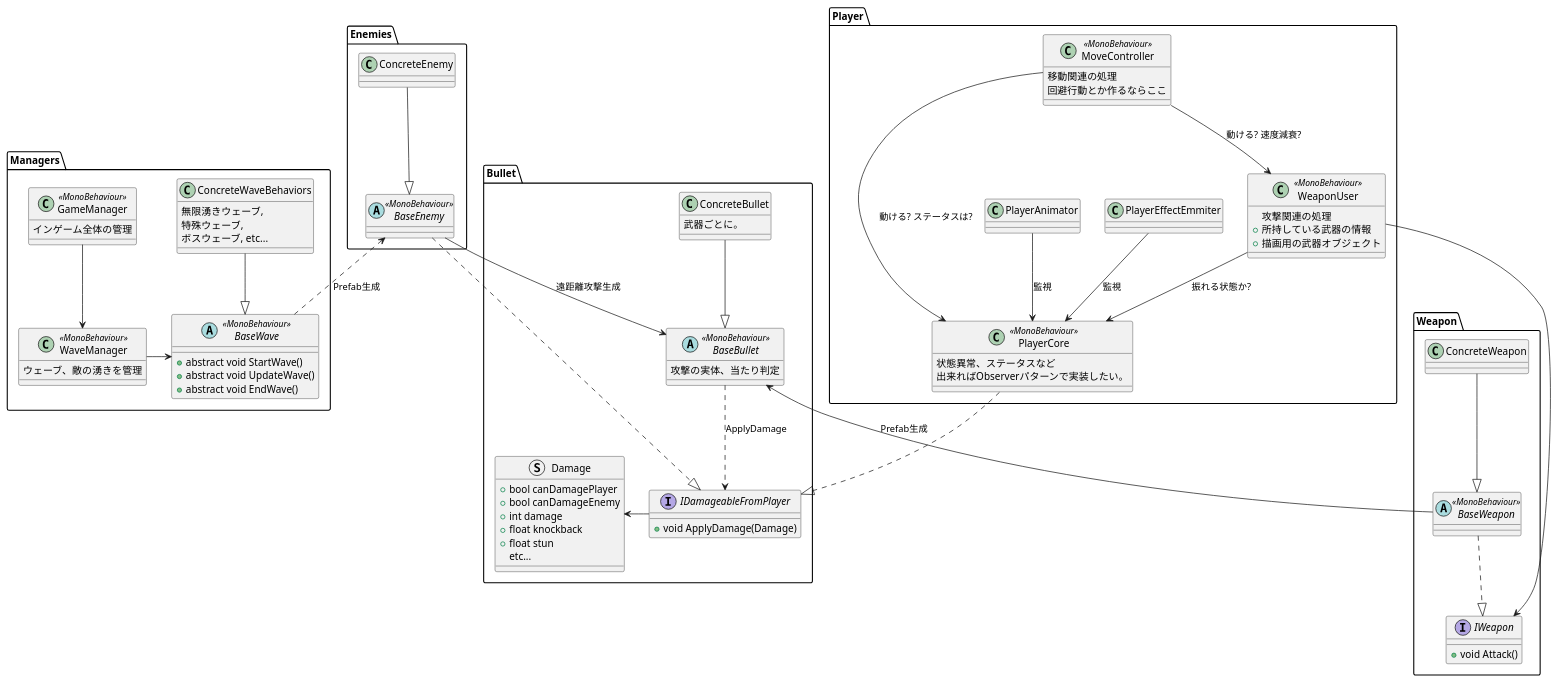
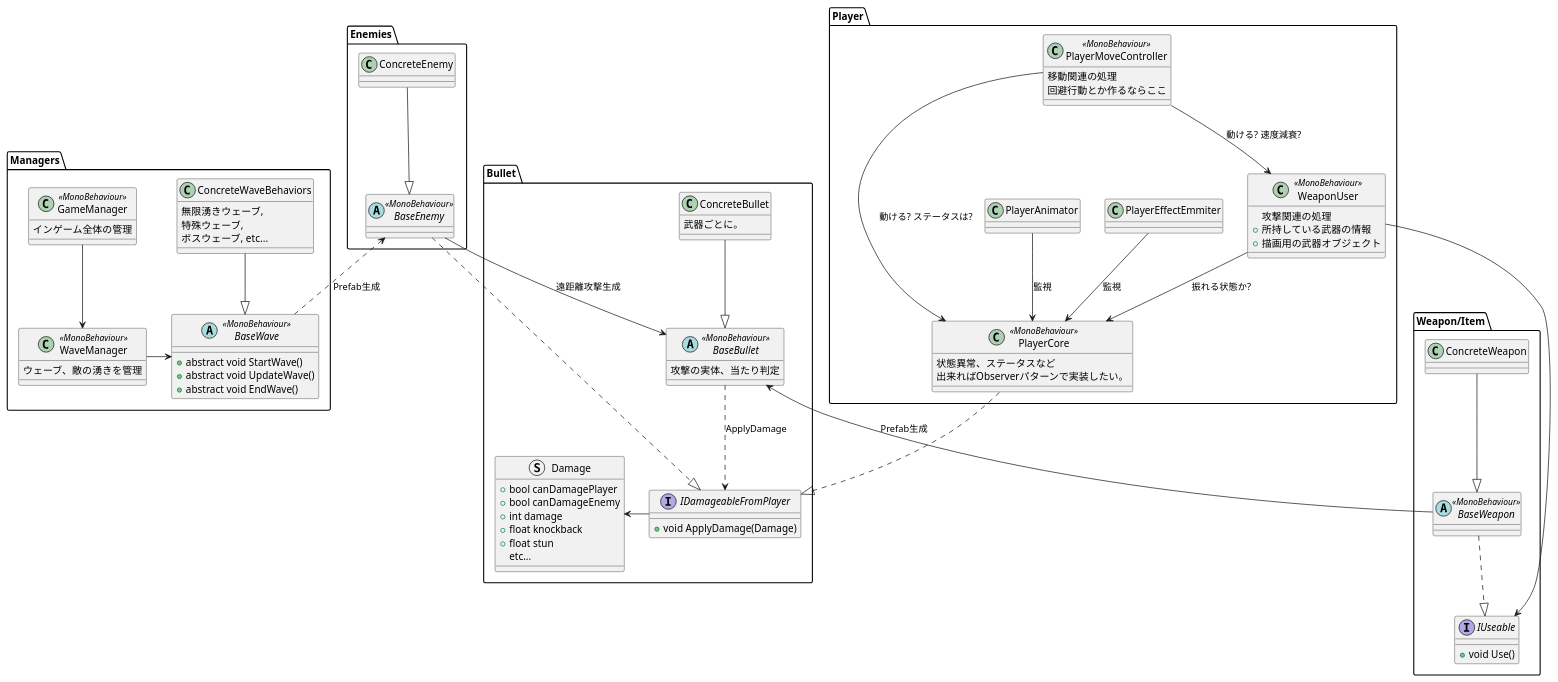
One commit to Okuyama-CGP/team_2024_b changed the diagram in Assets/Okuyama/class.pu. Above: the diagram before and after it, drawn with PlantUML. The commit also changed 26 other files, not shown here.

```diff
--- a/Assets/Okuyama/class.pu
+++ b/Assets/Okuyama/class.pu
@@ -1,114 +1,114 @@
 namespace Managers{
     class GameManager<<MonoBehaviour>>{
         インゲーム全体の管理
     }
     GameManager --> WaveManager
 
     class WaveManager<<MonoBehaviour>>{
         ウェーブ、敵の湧きを管理
     }
     WaveManager --r> BaseWave
 
     abstract class BaseWave<<MonoBehaviour>>{
         + abstract void StartWave()
         + abstract void UpdateWave()
         + abstract void EndWave()
     }
     
     class ConcreteWaveBehaviors{
         無限湧きウェーブ,
         特殊ウェーブ,
         ボスウェーブ, etc...
     }
     ConcreteWaveBehaviors --d|> BaseWave
 
 }
 
 namespace Player{
     class PlayerCore<<MonoBehaviour>>{
         状態異常、ステータスなど
         出来ればObserverパターンで実装したい。
     }
 
     class WeaponUser<<MonoBehaviour>>{
         攻撃関連の処理
         + 所持している武器の情報
         + 描画用の武器オブジェクト
     }
     WeaponUser --> PlayerCore : 振れる状態か?
 
 
-    class MoveController<<MonoBehaviour>>{
+    class PlayerMoveController<<MonoBehaviour>>{
         移動関連の処理
         回避行動とか作るならここ
     }
-    MoveController --> PlayerCore : 動ける? ステータスは?
-    MoveController --> WeaponUser : 動ける? 速度減衰?
+    PlayerMoveController --> PlayerCore : 動ける? ステータスは?
+    PlayerMoveController --> WeaponUser : 動ける? 速度減衰?
 
     
     PlayerEffectEmmiter --> PlayerCore : 監視
     PlayerAnimator --> PlayerCore : 監視
 
 
 }
 
-namespace Weapon{
-    interface IWeapon{
-        + void Attack()
+namespace Weapon/Item{
+    interface IUseable{
+        + void Use()
     }
-    WeaponUser --> IWeapon
+    WeaponUser --> IUseable
 
     abstract BaseWeapon<<MonoBehaviour>>
-    BaseWeapon ..|> IWeapon
+    BaseWeapon ..|> IUseable
 
     class ConcreteWeapon
     ConcreteWeapon --|> BaseWeapon
 
 }
 
 namespace Bullet{
     abstract BaseBullet<<MonoBehaviour>>{
         攻撃の実体、当たり判定
     }
     BaseBullet ..> IDamageableFromPlayer : ApplyDamage
     BaseBullet <-- BaseWeapon : Prefab生成
 
     class ConcreteBullet{
         武器ごとに。
     }
     ConcreteBullet --|> BaseBullet
 
     interface IDamageableFromPlayer{
         + void ApplyDamage(Damage)
     }
 
 
     struct Damage{
         + bool canDamagePlayer
         + bool canDamageEnemy
         + int damage
         + float knockback
         + float stun
         etc...
     }
     IDamageableFromPlayer --l> Damage
     PlayerCore ..|> IDamageableFromPlayer
 }
 
 
 namespace Enemies{
     abstract class BaseEnemy<<MonoBehaviour>>
     BaseEnemy ..|> IDamageableFromPlayer
     BaseEnemy <.. BaseWave : Prefab生成
     BaseEnemy --> BaseBullet : 遠距離攻撃生成
 
     ConcreteEnemy --d|> BaseEnemy
 
 }
 
 /'namespace MapObject{
     abstract BaseBreakableObj<<MonoBehaviour>>{
         破壊可能オブジェクトの類
     }
     BaseBreakableObj ..|> IDamageableFromPlayer
 }'/
```
